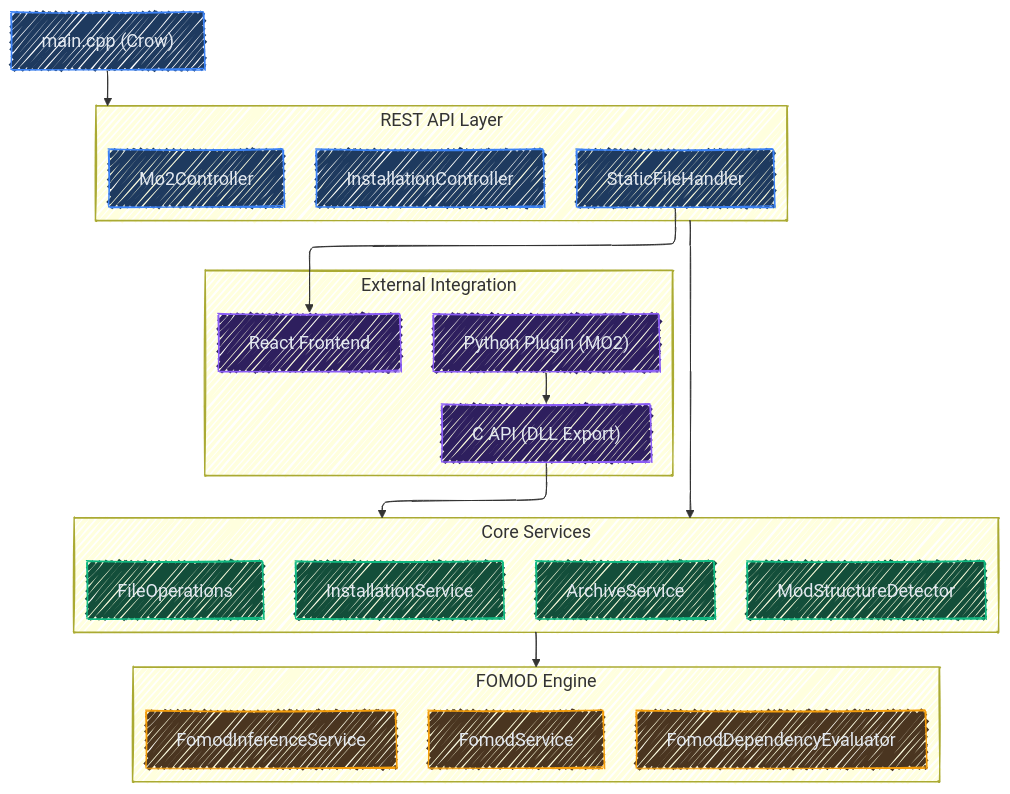
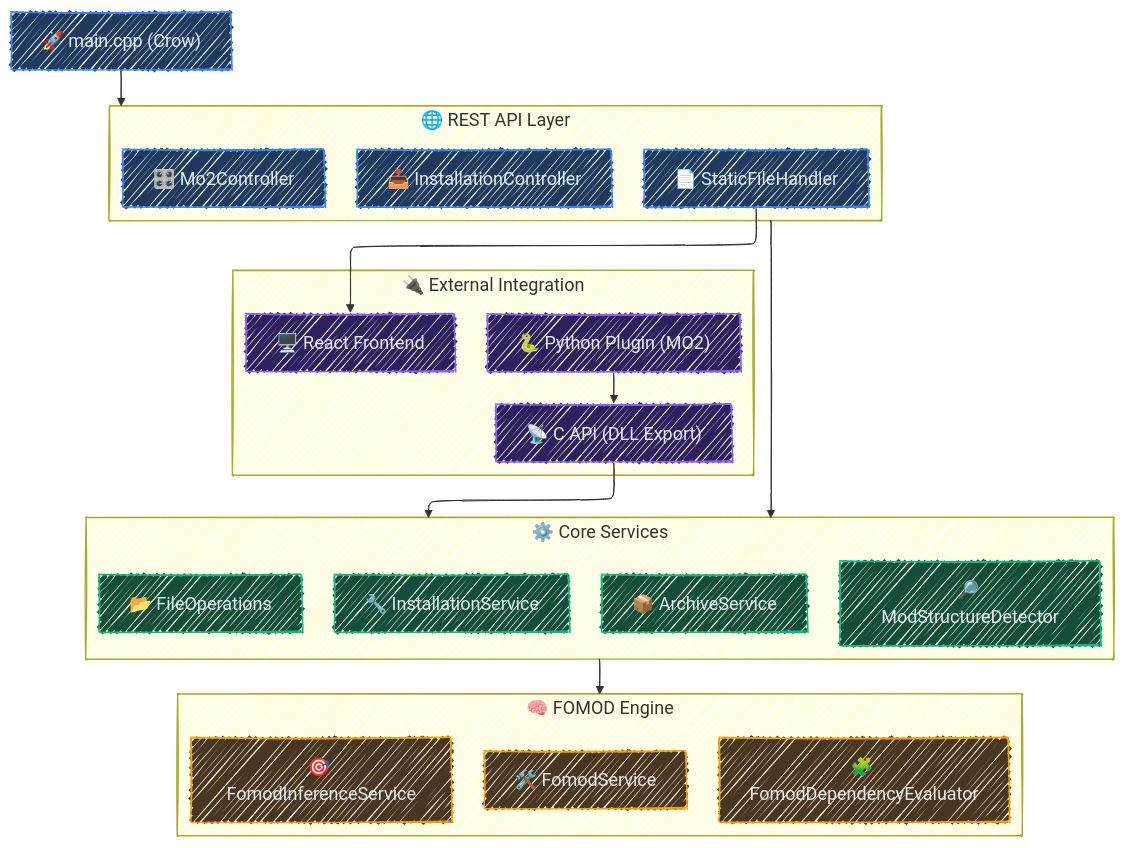
The third of 3 diagrams in README.md (lextpf/salma), drawn with Mermaid before and after one commit. The commit also changed other lines of this file and 1 other file, not shown here.

````diff
--- a/README.md
+++ b/README.md
@@ -220,49 +226,49 @@
 ```mermaid
 ---
 config:
   look: handDrawn
   theme: mc
   themeVariables:
     fontSize: 18px
   layout: elk
 ---
 graph TB
     classDef server fill:#1e3a5f,stroke:#3b82f6,color:#e2e8f0
     classDef core fill:#134e3a,stroke:#10b981,color:#e2e8f0
     classDef fomod fill:#4a3520,stroke:#f59e0b,color:#e2e8f0
     classDef ext fill:#2e1f5e,stroke:#8b5cf6,color:#e2e8f0
 
-    Main["main.cpp (Crow)"]:::server
+    Main["🚀 main.cpp (Crow)"]:::server
 
-    subgraph Server["REST API Layer"]
-        InstCtrl["InstallationController"]:::server
-        Mo2Ctrl["Mo2Controller"]:::server
-        Static["StaticFileHandler"]:::server
+    subgraph Server["🌐 REST API Layer"]
+        InstCtrl["📥 InstallationController"]:::server
+        Mo2Ctrl["🎛️ Mo2Controller"]:::server
+        Static["📄 StaticFileHandler"]:::server
     end
 
-    subgraph Core["Core Services"]
-        InstSvc["InstallationService"]:::core
-        Archive["ArchiveService"]:::core
-        FileOps["FileOperations"]:::core
-        Detect["ModStructureDetector"]:::core
+    subgraph Core["⚙️ Core Services"]
+        InstSvc["🔧 InstallationService"]:::core
+        Archive["📦 ArchiveService"]:::core
+        FileOps["📂 FileOperations"]:::core
+        Detect["🔎 ModStructureDetector"]:::core
     end
 
-    subgraph FOMOD["FOMOD Engine"]
-        FomodSvc["FomodService"]:::fomod
-        DepEval["FomodDependencyEvaluator"]:::fomod
-        Infer["FomodInferenceService"]:::fomod
+    subgraph FOMOD["🧠 FOMOD Engine"]
+        FomodSvc["🛠️ FomodService"]:::fomod
+        DepEval["🧩 FomodDependencyEvaluator"]:::fomod
+        Infer["🎯 FomodInferenceService"]:::fomod
     end
 
-    subgraph External["External Integration"]
-        CApi["C API (DLL Export)"]:::ext
-        Plugin["Python Plugin (MO2)"]:::ext
-        WebUI["React Frontend"]:::ext
+    subgraph External["🔌 External Integration"]
+        CApi["📡 C API (DLL Export)"]:::ext
+        Plugin["🐍 Python Plugin (MO2)"]:::ext
+        WebUI["🖥️ React Frontend"]:::ext
     end
 
     Main --> Server
     Server --> Core
     Core --> FOMOD
     CApi --> Core
     Plugin --> CApi
     Static --> WebUI
 ```
````
